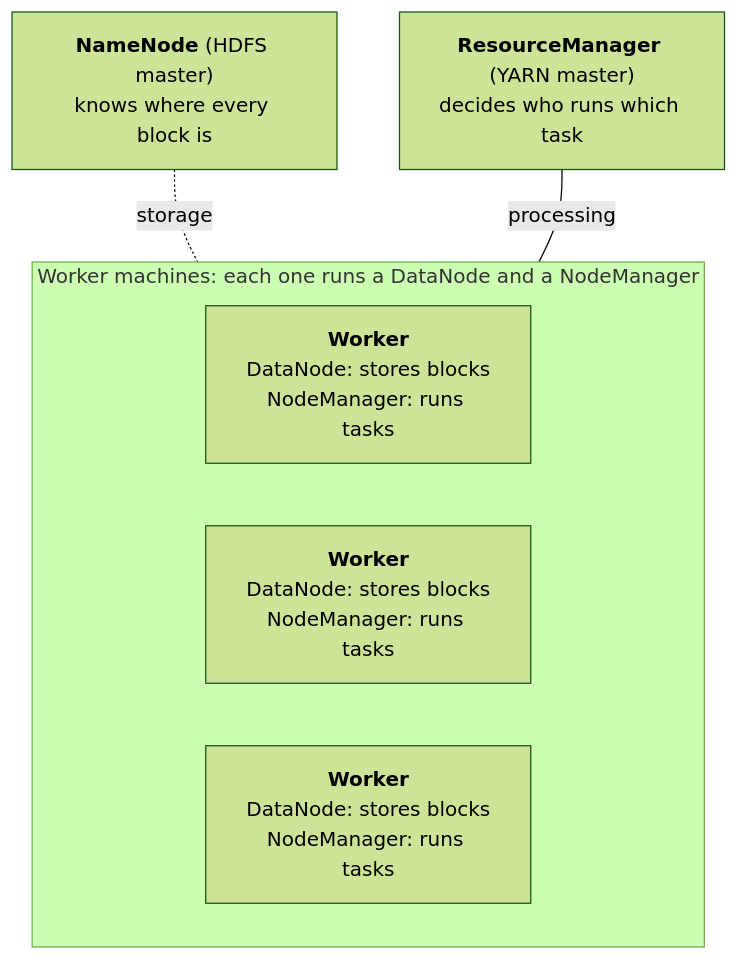
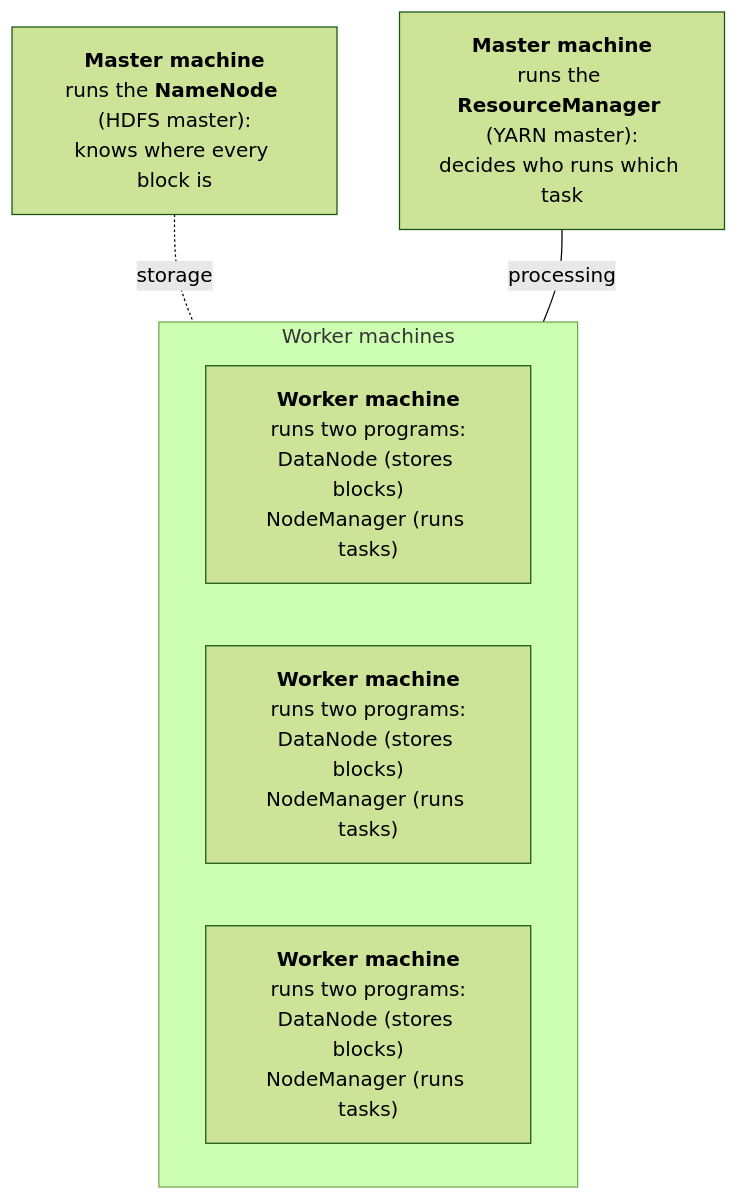
One commit to Naviden/Introduction-to-Big-Data-and-NoSQL changed the third of 4 diagrams in lessons/06_big_data_technologies.md. Above: the diagram before and after it, drawn with Mermaid (forest theme). The commit also changed other lines of this file, not shown here.

Commit message:
clarify that hadoop roles are programs

````diff
--- a/lessons/06_big_data_technologies.md
+++ b/lessons/06_big_data_technologies.md
@@ -71,12 +71,12 @@
 ```mermaid
 flowchart TB
-    NN["<b>NameNode</b> (HDFS master)<br/>knows where every block is"]
-    RM["<b>ResourceManager</b> (YARN master)<br/>decides who runs which task"]
+    NN["<b>Master machine</b><br/>runs the <b>NameNode</b> (HDFS master):<br/>knows where every block is"]
+    RM["<b>Master machine</b><br/>runs the <b>ResourceManager</b> (YARN master):<br/>decides who runs which task"]
     NN -.-|"storage"| workers
     RM ---|"processing"| workers
-    subgraph workers["Worker machines: each one runs a DataNode and a NodeManager"]
-        W1["<b>Worker</b><br/>DataNode: stores blocks<br/>NodeManager: runs tasks"]
-        W2["<b>Worker</b><br/>DataNode: stores blocks<br/>NodeManager: runs tasks"]
-        W3["<b>Worker</b><br/>DataNode: stores blocks<br/>NodeManager: runs tasks"]
+    subgraph workers["Worker machines"]
+        W1["<b>Worker machine</b><br/>runs two programs:<br/>DataNode (stores blocks)<br/>NodeManager (runs tasks)"]
+        W2["<b>Worker machine</b><br/>runs two programs:<br/>DataNode (stores blocks)<br/>NodeManager (runs tasks)"]
+        W3["<b>Worker machine</b><br/>runs two programs:<br/>DataNode (stores blocks)<br/>NodeManager (runs tasks)"]
     end
 ```
````
